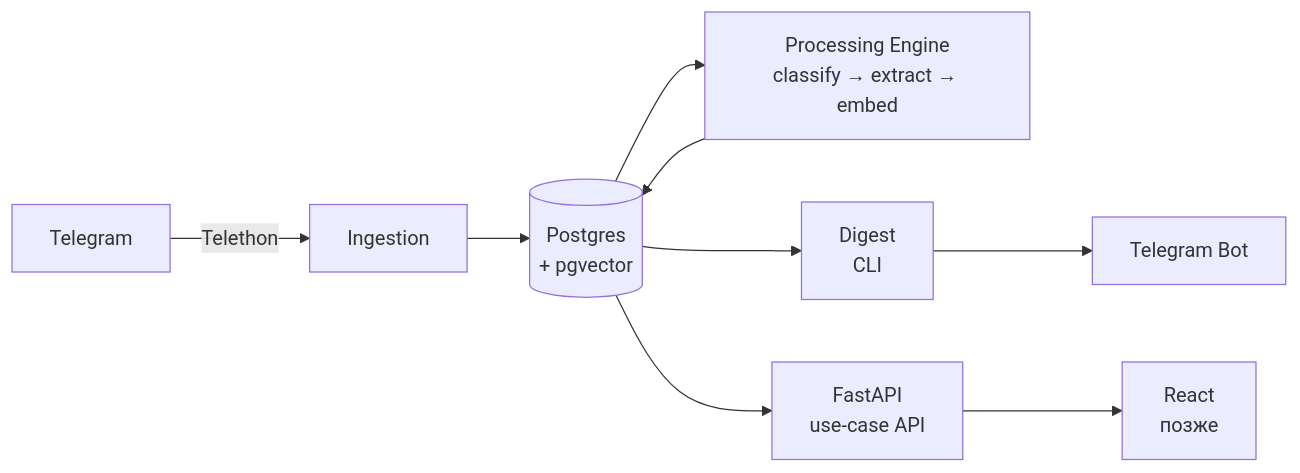
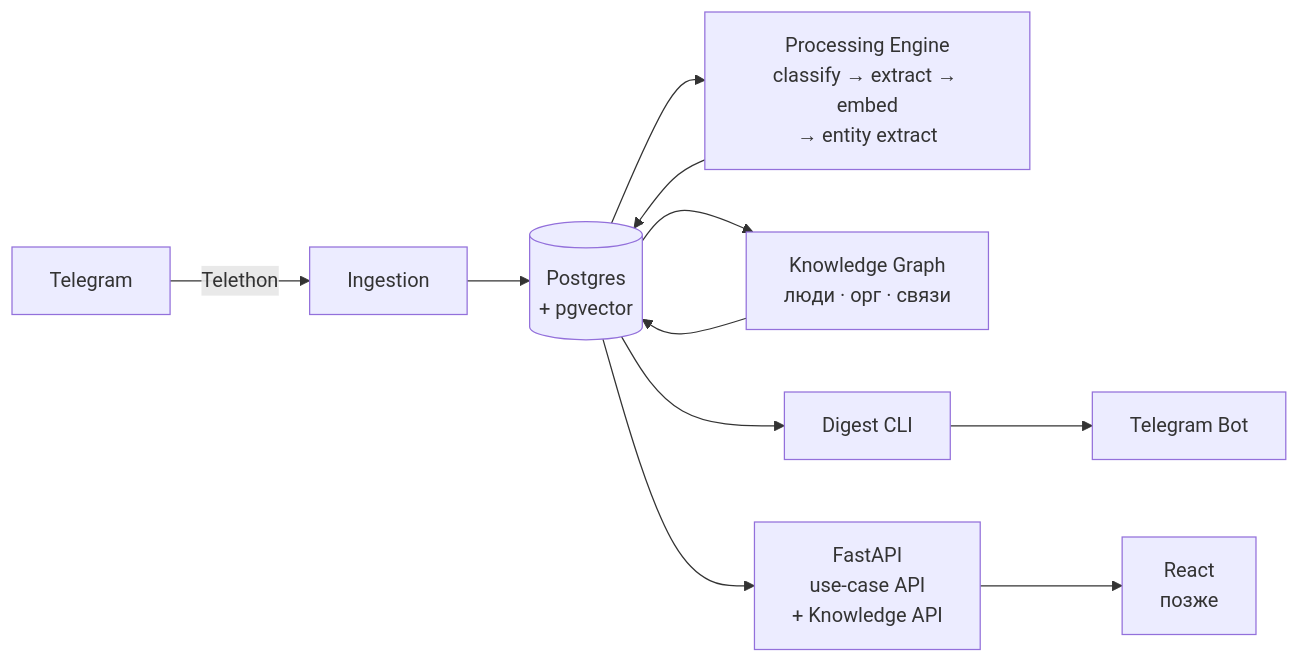
One commit to potapov-me/ReplyRadar changed the diagram in README.md. Above: the diagram before and after it, drawn with Mermaid. The commit also changed other lines of this file and 1 other file, not shown here.

````diff
--- a/README.md
+++ b/README.md
@@ -42,11 +47,13 @@
 ```mermaid
 flowchart LR
     TG[Telegram] -->|Telethon| INF[Ingestion]
     INF --> DB[(Postgres\n+ pgvector)]
-    DB --> PE[Processing Engine\nclassify → extract → embed]
+    DB --> PE[Processing Engine\nclassify → extract → embed\n→ entity extract]
     PE --> DB
-    DB --> DG[Digest\nCLI]
-    DB --> API[FastAPI\nuse-case API]
+    DB --> KG[Knowledge Graph\nлюди · орг · связи]
+    KG --> DB
+    DB --> DG[Digest CLI]
+    DB --> API[FastAPI\nuse-case API\n+ Knowledge API]
     DG --> BOT[Telegram Bot]
     API --> UI[React\nпозже]
 ```
````
